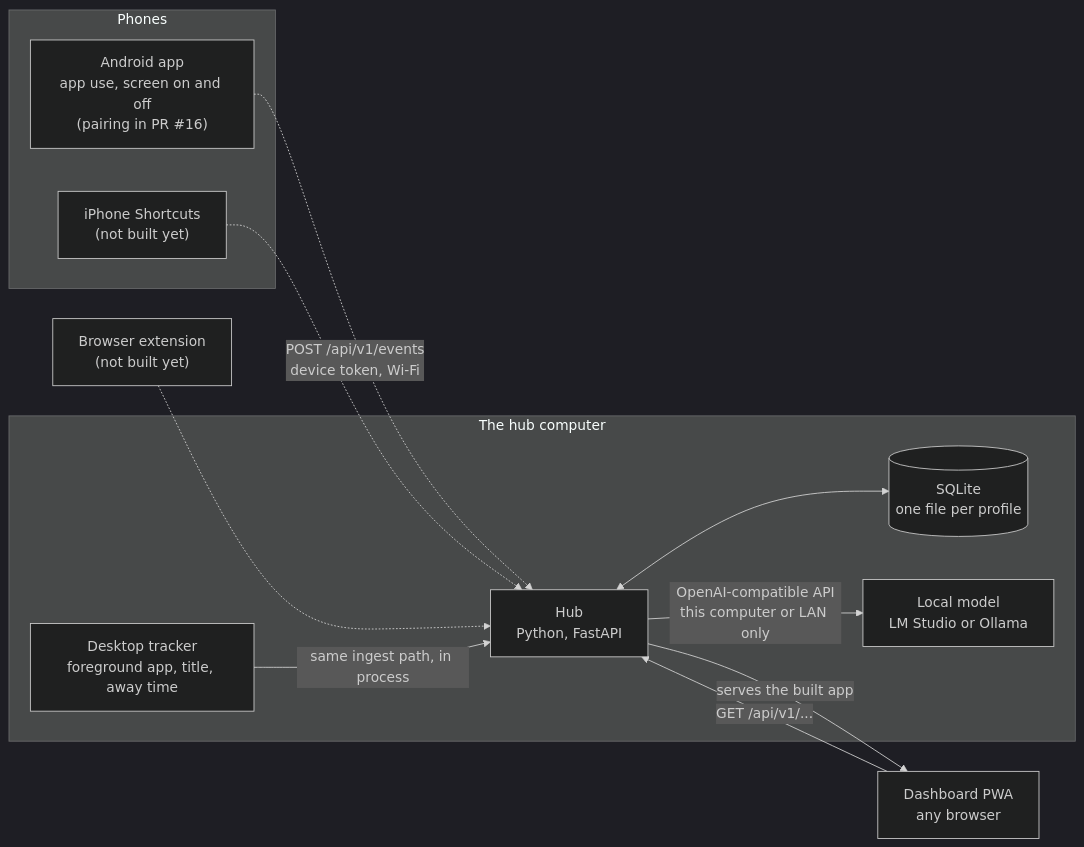
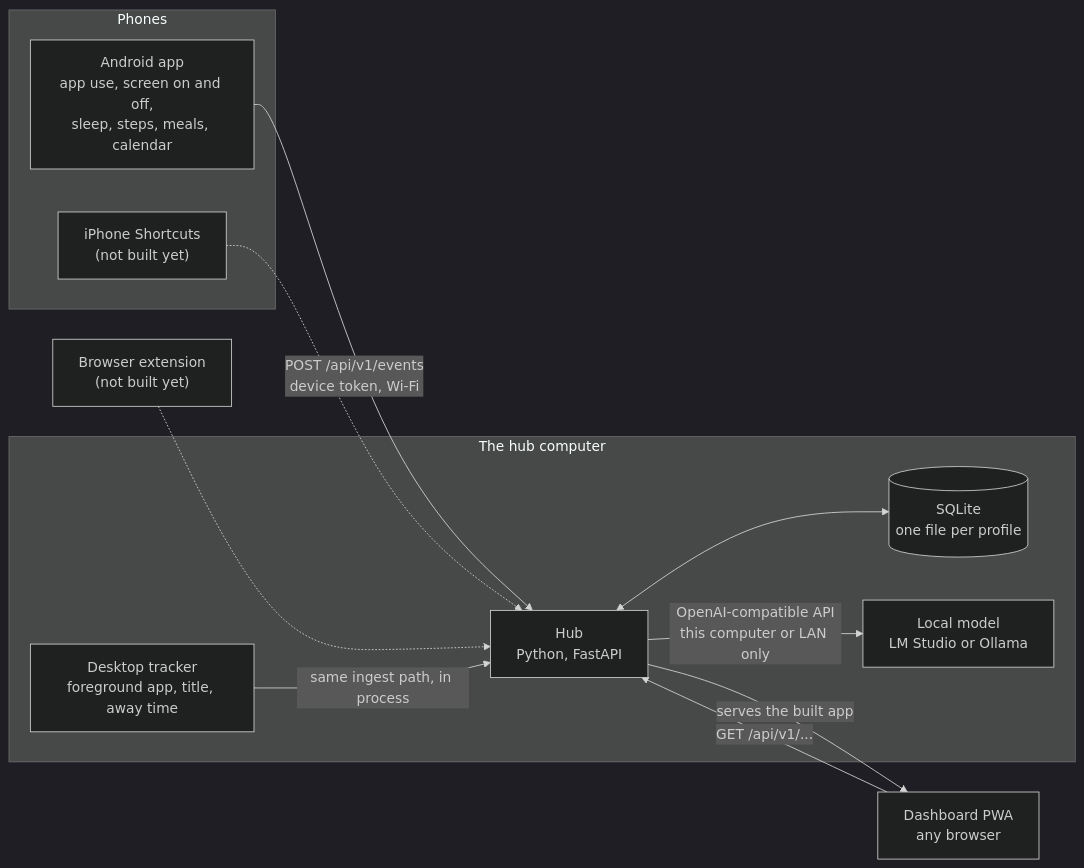
The first of 6 diagrams in docs/architecture.md (SaiGaneshPS/daytrace), drawn with Mermaid (dark theme) before and after one commit. The commit also changed other lines of this file and 21 other files, not shown here.

First line of the commit message:
DT-23: Android Health Connect and calendar collectors

````diff
--- a/docs/architecture.md
+++ b/docs/architecture.md
@@ -8,24 +8,24 @@
 ```mermaid
 flowchart LR
   subgraph phones["Phones"]
-    android["Android app<br/>app use, screen on and off<br/>(pairing in PR #16)"]
+    android["Android app<br/>app use, screen on and off,<br/>sleep, steps, meals, calendar"]
     iphone["iPhone Shortcuts<br/>(not built yet)"]
   end
   subgraph pc["The hub computer"]
     tracker["Desktop tracker<br/>foreground app, title, away time"]
     hub["Hub<br/>Python, FastAPI"]
     db[("SQLite<br/>one file per profile")]
     llm["Local model<br/>LM Studio or Ollama"]
   end
   ext["Browser extension<br/>(not built yet)"]
   dash["Dashboard PWA<br/>any browser"]
 
-  android -. "POST /api/v1/events<br/>device token, Wi-Fi" .-> hub
+  android -- "POST /api/v1/events<br/>device token, Wi-Fi" --> hub
   iphone -.-> hub
   ext -.-> hub
   tracker -- "same ingest path, in process" --> hub
   hub <--> db
   hub -- "OpenAI-compatible API<br/>this computer or LAN only" --> llm
   hub -- "serves the built app" --> dash
   dash -- "GET /api/v1/..." --> hub
 ```
````
